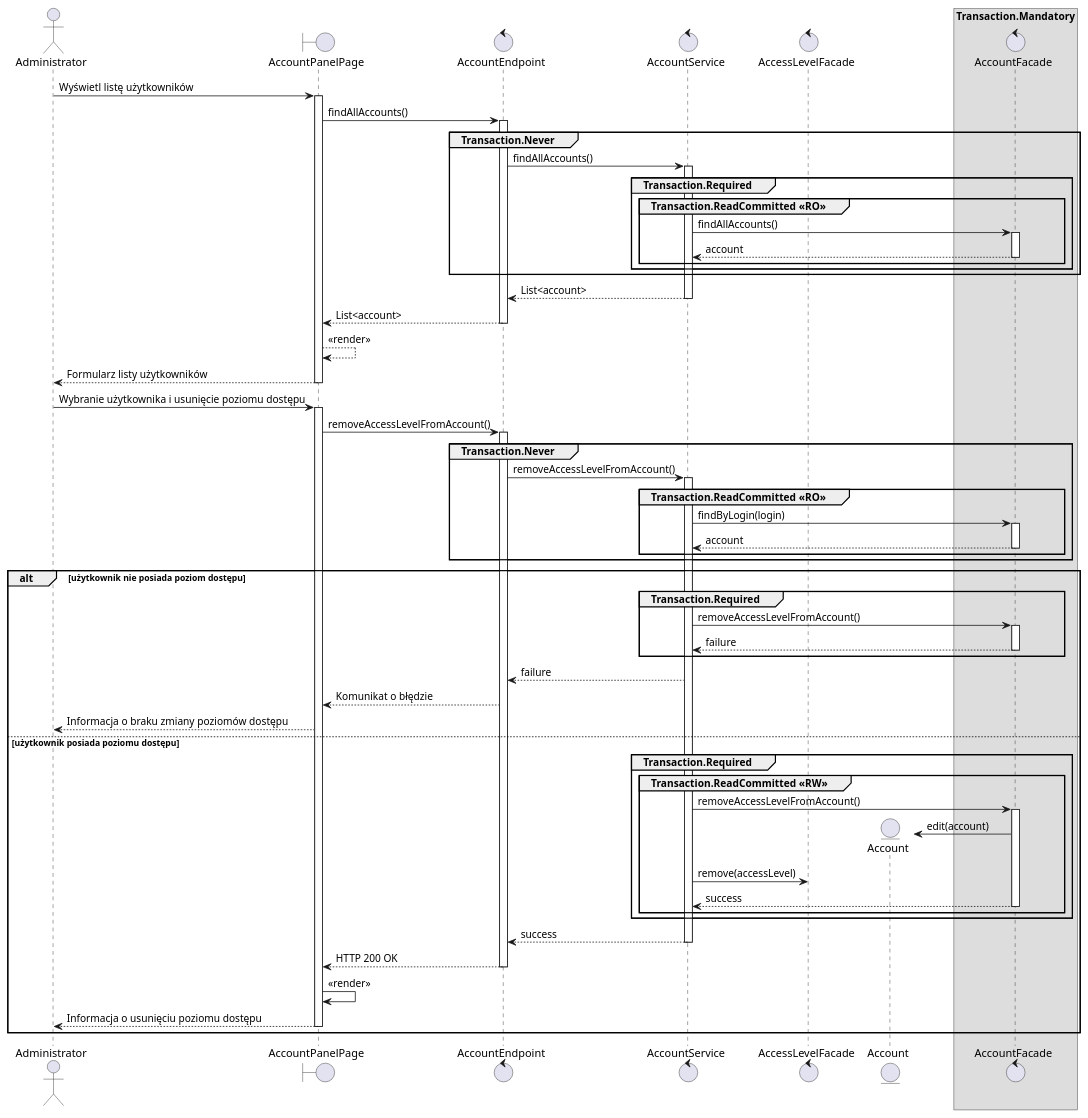
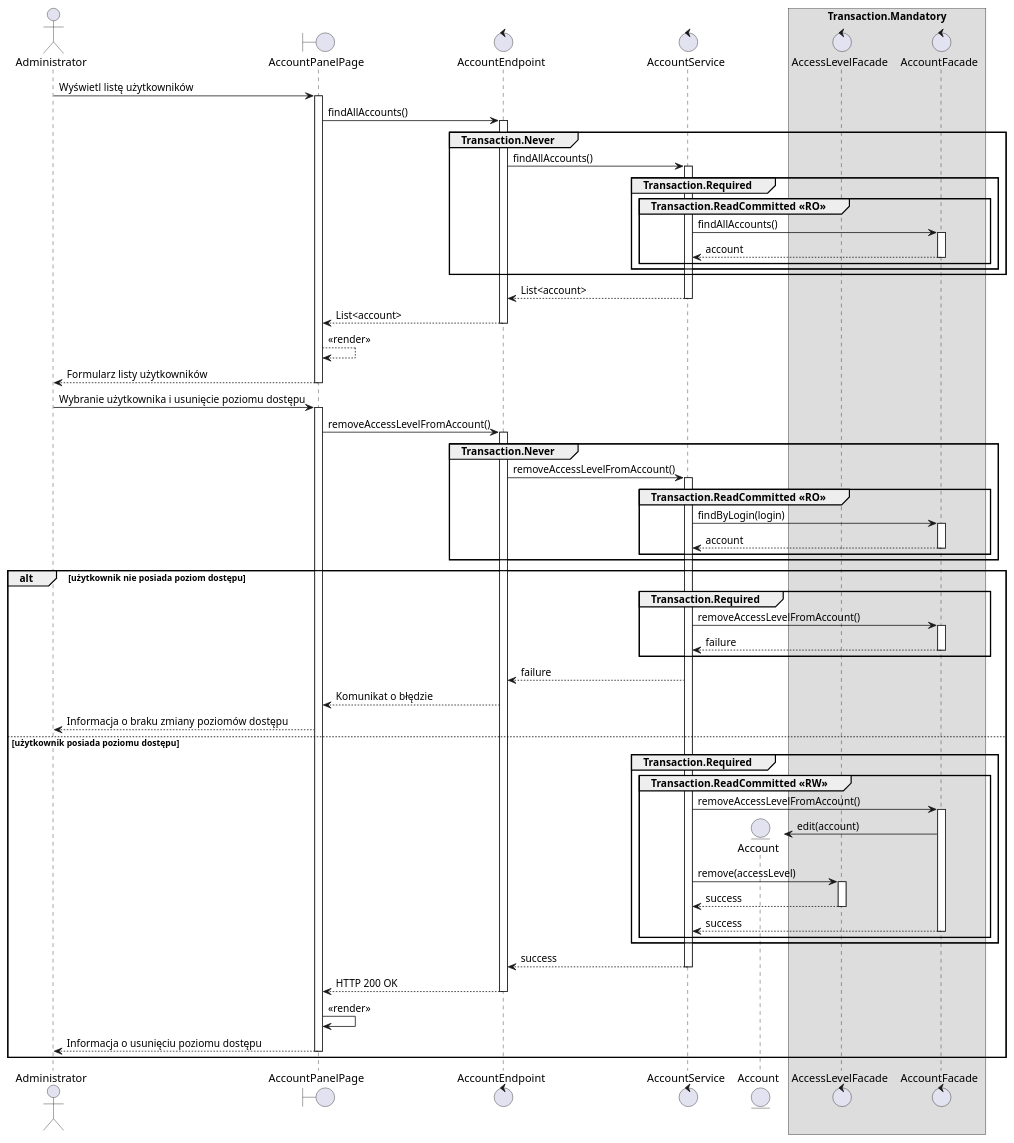
The diagram in src/rozdział 11/mok6.puml (TheVivent-Politechnika-Lodzka/ssbd03_kic_uml), drawn with PlantUML before and after one commit. The commit also changed 6 other files, not shown here.

```diff
--- a/src/rozdział 11/mok6.puml
+++ b/src/rozdział 11/mok6.puml
@@ -1,68 +1,69 @@
 @startuml MOK.6 - Odłącz poziom dostępu
 
 actor Administrator as admin
 boundary AccountPanelPage as gui
 control AccountEndpoint as controller
 control AccountService as service
 control AccountFacade as facade
 control AccessLevelFacade as facadeLevel
 entity Account as account
 
 skinparam backgroundcolor transparent
 box Transaction.Mandatory 
+    participant facadeLevel
     participant facade
 end box
 
 admin -> gui ++ : Wyświetl listę użytkowników
 gui -> controller ++ :  findAllAccounts()
 group Transaction.Never
     controller -> service ++ : findAllAccounts()
     group Transaction.Required
         group Transaction.ReadCommitted <<RO>>
             service -> facade ++ : findAllAccounts()
             return account
         end
     end
 end
 return List<account>
 return List<account>
 gui --> gui : <<render>>
 return Formularz listy użytkowników
 
 admin -> gui ++ : Wybranie użytkownika i usunięcie poziomu dostępu
 gui -> controller ++ : removeAccessLevelFromAccount()
 
 group Transaction.Never
     controller -> service ++ : removeAccessLevelFromAccount() 
 
     group Transaction.ReadCommitted <<RO>>
         service -> facade ++ : findByLogin(login)
         return account
     end
 end
 
 alt użytkownik nie posiada poziom dostępu
     group Transaction.Required
         service -> facade ++ : removeAccessLevelFromAccount()
         return failure
     end
     service --> controller : failure
     controller --> gui : Komunikat o błędzie
     gui --> admin : Informacja o braku zmiany poziomów dostępu
 else użytkownik posiada poziomu dostępu
     group Transaction.Required
         group Transaction.ReadCommitted <<RW>>
             service -> facade ++ : removeAccessLevelFromAccount()
             facade -> account ** : edit(account)
-            service -> facadeLevel : remove(accessLevel)
+            service -> facadeLevel ++: remove(accessLevel)
             return success
+        return success
         end
     end
-    
 return success
 return HTTP 200 OK
 gui -> gui : <<render>>
 return Informacja o usunięciu poziomu dostępu
 end
 
 @enduml
```
